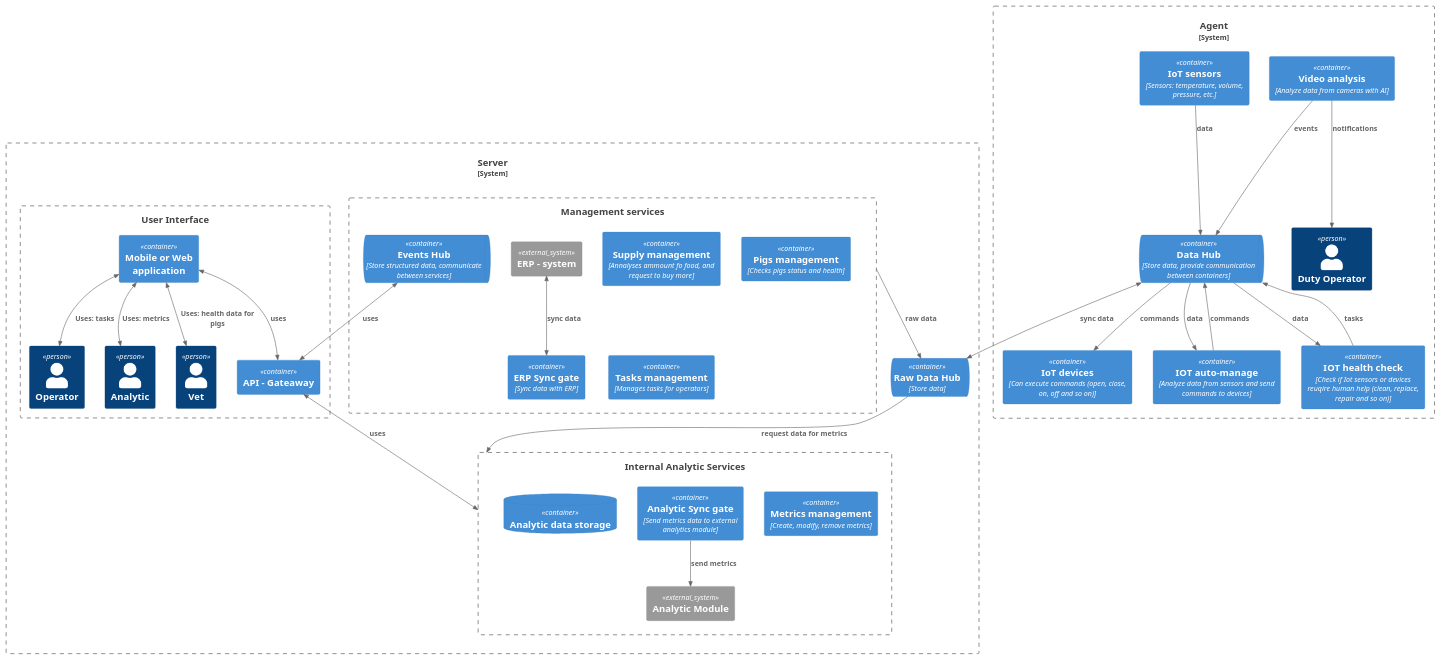
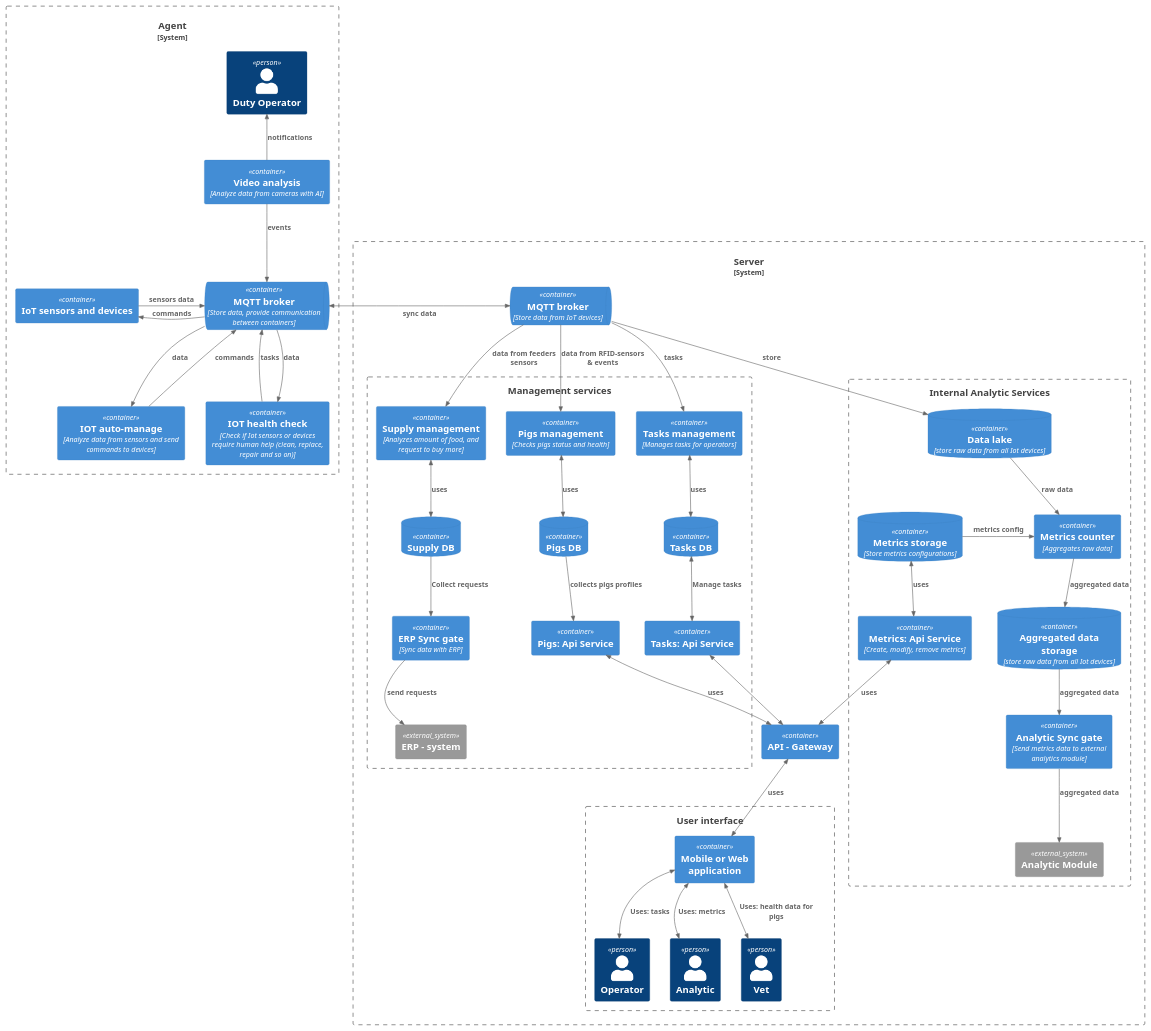
The diagram in Task2/ATCK_C4_Containers.puml (mirray/MSA-AgroTech), drawn with PlantUML before and after one commit.

```diff
--- a/Task2/ATCK_C4_Containers.puml
+++ b/Task2/ATCK_C4_Containers.puml
@@ -1,70 +1,91 @@
 @startuml Архитектура_АвтоТехноСвиноКомплекс_v1
 !include <C4/C4_Container>
 
 System_Boundary(atck_agent, "Agent "){
     Person(duty_operator, "Duty Operator")
-    ContainerQueue(data_hub, "Data Hub", "Store data, provide communication between containers")
+    ContainerQueue(data_hub, "MQTT broker", "Store data, provide communication between containers")
     Container(video, "Video analysis", "Analyze data from cameras with AI")
     Rel(video, data_hub, "events")
-    Rel(video, duty_operator, "notifications")
+    Rel_U(video, duty_operator, "notifications")
     
-    
-    Container(iot_sensors, "IoT sensors", "Sensors: temperature, volume, pressure, etc.")
-    Container(iot_devices, "IoT devices", "Can execute commands (open, close, on, off and so on)")
-    Rel(iot_sensors, data_hub, "data")
-    Rel(data_hub, iot_devices, "commands")
+    Container(iot, "IoT sensors and devices")
+    Rel_R(iot, data_hub, "sensors data")
+    Rel_L(data_hub, iot, "commands")
     Container(iot_auto_management, "IOT auto-manage", "Analyze data from sensors and send commands to devices")
     Rel(iot_auto_management, data_hub, "commands")
     Rel(data_hub, iot_auto_management, "data")
-    Container(iot_health_check, "IOT health check", "Check if Iot sensors or devices reuqire human help (clean, replace, repair and so on)")
-    Rel(iot_health_check, data_hub, "tasks")
+    Container(iot_health_check, "IOT health check", "Check if Iot sensors or devices require human help (clean, replace, repair and so on)")
+    Rel_U(iot_health_check, data_hub, "tasks")
     Rel(data_hub, iot_health_check, "data")
 }
 
 System_Boundary(atck_server, "Server"){
-    ContainerQueue(data_hub_server, "Raw Data Hub", "Store data")
-    BiRel(data_hub, data_hub_server, "sync data")
+    ContainerQueue(data_hub_server, "MQTT broker", "Store data from IoT devices")
+    BiRel_R(data_hub, data_hub_server, "sync data")
    
     Boundary(internal_services, "Management services"){
-        Container(supply, "Supply management", "Annalyses ammount fo food, and request to buy more")
+        Container(supply, "Supply management", "Analyzes amount of food, and request to buy more")
+        Rel_D(data_hub_server, supply, "data from feeders sensors")
+        ContainerDb(supply_db, "Supply DB")
+        BiRel_D(supply, supply_db, "uses")
         Container(pigs, "Pigs management", "Checks pigs status and health")
+        Rel_D(data_hub_server, pigs, "data from RFID-sensors & events")
+        ContainerDb(pigs_db, "Pigs DB")
+        BiRel_D(pigs, pigs_db, "uses")
+        Container(pigs_api, "Pigs: Api Service")
+        Rel_D(pigs_db, pigs_api, "collects pigs profiles")       
         Container(tasks, "Tasks management", "Manages tasks for operators")
+        Rel_D(data_hub_server, tasks, "tasks")
+        ContainerDb(tasks_db, "Tasks DB")
+        BiRel_D(tasks, tasks_db, "uses")
+        Container(tasks_api, "Tasks: Api Service")
+        BiRel_D(tasks_db, tasks_api, "Manage tasks")       
         Container(erp_sync, "ERP Sync gate", "Sync data with ERP")
+        Rel_D(supply_db, erp_sync, "Collect requests")  
         System_Ext(erp, "ERP - system")
-        BiRel(erp, erp_sync, "sync data")
-        ContainerQueue(events_hub, "Events Hub", "Store structured data, communicate between services")
-    
+        Rel_D(erp_sync, erp, "send requests")
     }
-    Rel(internal_services, data_hub_server, "raw data")
-
     Boundary(analysis_internal, "Internal Analytic Services"){
-        Container(metrics_management, "Metrics management", "Create, modify, remove metrics")
-        Container(analytic_module_sync, "Analytic Sync gate", "Send metrics data to external analytics module")   
-        System_Ext(analytic_module, "Analytic Module") 
-        Rel(analytic_module_sync, analytic_module ,"send metrics")
-        ContainerDb(analytic_db, "Analytic data storage")
-    }
-    Rel(data_hub_server, analysis_internal, "request data for metrics")
-    
-    Boundary(b_ui, "User Interface"){
-        Container(api, "API - Gateaway")
-        BiRel(api, analysis_internal, "uses")
-        BiRel(events_hub, api, "uses")
+            Container(metrics_management, "Metrics: Api Service", "Create, modify, remove metrics")
+            ContainerDb(metrics_management_db, "Metrics storage", "Store metrics configurations")
+            BiRel_U(metrics_management, metrics_management_db, "uses")
+            Container(analytic_module_sync, "Analytic Sync gate", "Send metrics data to external analytics module")   
+            System_Ext(analytic_module, "Analytic Module") 
+            Rel(analytic_module_sync, analytic_module ,"aggregated data")
+            ContainerDb(analytic_db, "Data lake", "store raw data from all Iot devices")
+            ContainerDb(analytic_db_metrics, "Aggregated data storage", "store raw data from all Iot devices")
+            Rel_D(data_hub_server, analytic_db, "store")
+            Container(metrics_service, "Metrics counter", "Aggregates raw data")                    
+            Rel_D(analytic_db, metrics_service, "raw data")
+            Rel_D(metrics_service, analytic_db_metrics, "aggregated data")
+            Rel_R(metrics_management_db, metrics_service, "metrics config")            
+            Rel_D(analytic_db_metrics, analytic_module_sync ,"aggregated data")
+            
+       }
+       
+        Container(api, "API - Gateway")       
+        BiRel_D(tasks_api, api, "")
+        BiRel_D(pigs_api, api, "uses")
+        BiRel_D(metrics_management, api, "uses")
+     Boundary(ui_b, "User interface"){       
         Container(ui, "Mobile or Web application")
         Person(operator, "Operator")
         Person(analytic, "Analytic")
         Person(vet, "Vet")
-        BiRel(ui, operator, "Uses: tasks")
-        BiRel(ui, vet, "Uses: health data for pigs")
-        BiRel(ui, analytic, "Uses: metrics")
-        BiRel(ui,api, "uses")
+        BiRel_D(ui, operator, "Uses: tasks")
+        BiRel_D(ui, vet, "Uses: health data for pigs")
+        BiRel_D(ui, analytic, "Uses: metrics")
+        BiRel_D(api,ui, "uses")
+       } 
     
-    }
+    
+    
+    
     
 }
 
 
 
 
 
 @enduml
```
